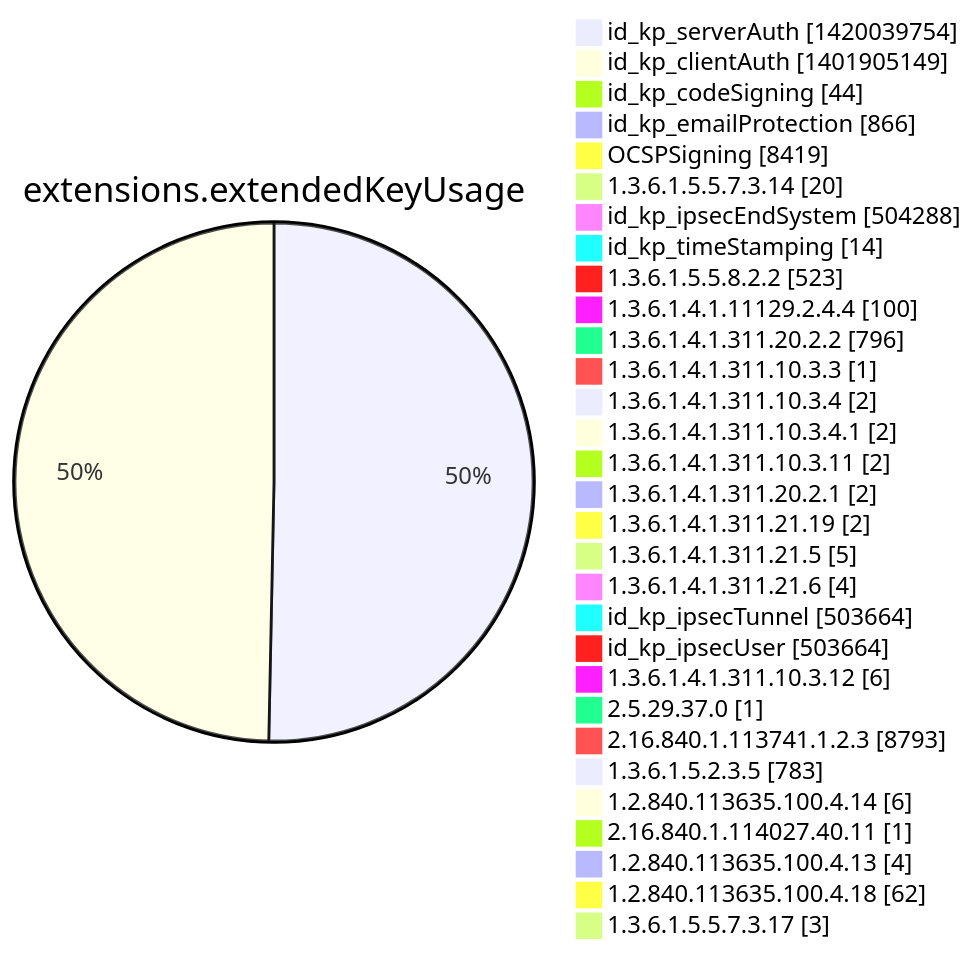
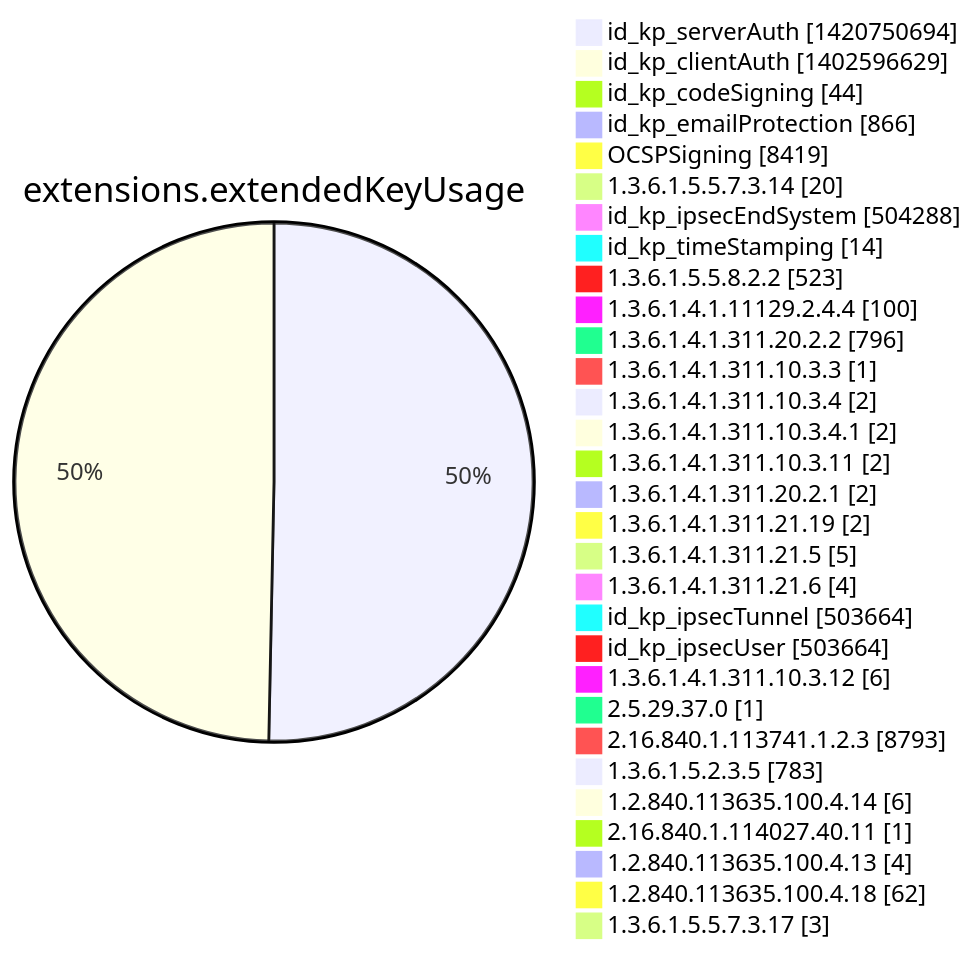
Before and after one commit to christiankrug/ctmonitor_visualization: diagram 12 of 15 in argon2022/README.md, drawn with Mermaid. The commit also changed other lines of this file, not shown here.

````diff
--- a/argon2022/README.md
+++ b/argon2022/README.md
@@ -3555,34 +3555,34 @@
 ```mermaid
 pie showData
 title extensions.extendedKeyUsage
-"id_kp_serverAuth" :1420039754
-"id_kp_clientAuth" :1401905149
+"id_kp_serverAuth" :1420750694
+"id_kp_clientAuth" :1402596629
 "id_kp_codeSigning" :44
 "id_kp_emailProtection" :866
 "OCSPSigning" :8419
 "1.3.6.1.5.5.7.3.14" :20
 "id_kp_ipsecEndSystem" :504288
 "id_kp_timeStamping" :14
 "1.3.6.1.5.5.8.2.2" :523
 "1.3.6.1.4.1.11129.2.4.4" :100
 "1.3.6.1.4.1.311.20.2.2" :796
 "1.3.6.1.4.1.311.10.3.3" :1
 "1.3.6.1.4.1.311.10.3.4" :2
 "1.3.6.1.4.1.311.10.3.4.1" :2
 "1.3.6.1.4.1.311.10.3.11" :2
 "1.3.6.1.4.1.311.20.2.1" :2
 "1.3.6.1.4.1.311.21.19" :2
 "1.3.6.1.4.1.311.21.5" :5
 "1.3.6.1.4.1.311.21.6" :4
 "id_kp_ipsecTunnel" :503664
 "id_kp_ipsecUser" :503664
 "1.3.6.1.4.1.311.10.3.12" :6
 "2.5.29.37.0" :1
 "2.16.840.1.113741.1.2.3" :8793
 "1.3.6.1.5.2.3.5" :783
 "1.2.840.113635.100.4.14" :6
 "2.16.840.1.114027.40.11" :1
 "1.2.840.113635.100.4.13" :4
 "1.2.840.113635.100.4.18" :62
 "1.3.6.1.5.5.7.3.17" :3
 ```
````
